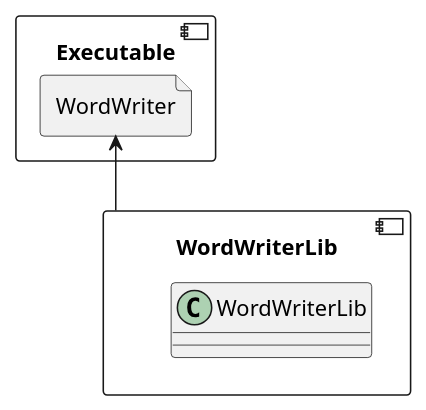
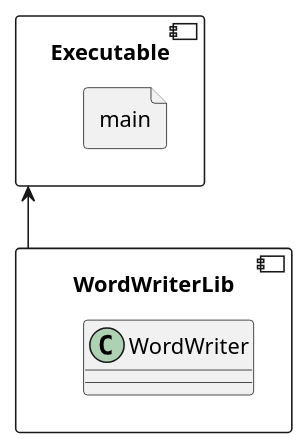
One commit to craft-coder/unit-testing-example changed the diagram in doc/classes.plantuml. Above: the diagram before and after it, drawn with PlantUML. The commit also changed 6 other files, not shown here.

```diff
--- a/doc/classes.plantuml
+++ b/doc/classes.plantuml
@@ -1,11 +1,11 @@
 allow_mixing
 
 component Executable {
-    file WordWriter
+    file main
 }
 
 component WordWriterLib {
-    class WordWriterLib
+    class WordWriter
 }
 
-WordWriter <-- WordWriterLib
+Executable <-- WordWriterLib
```
